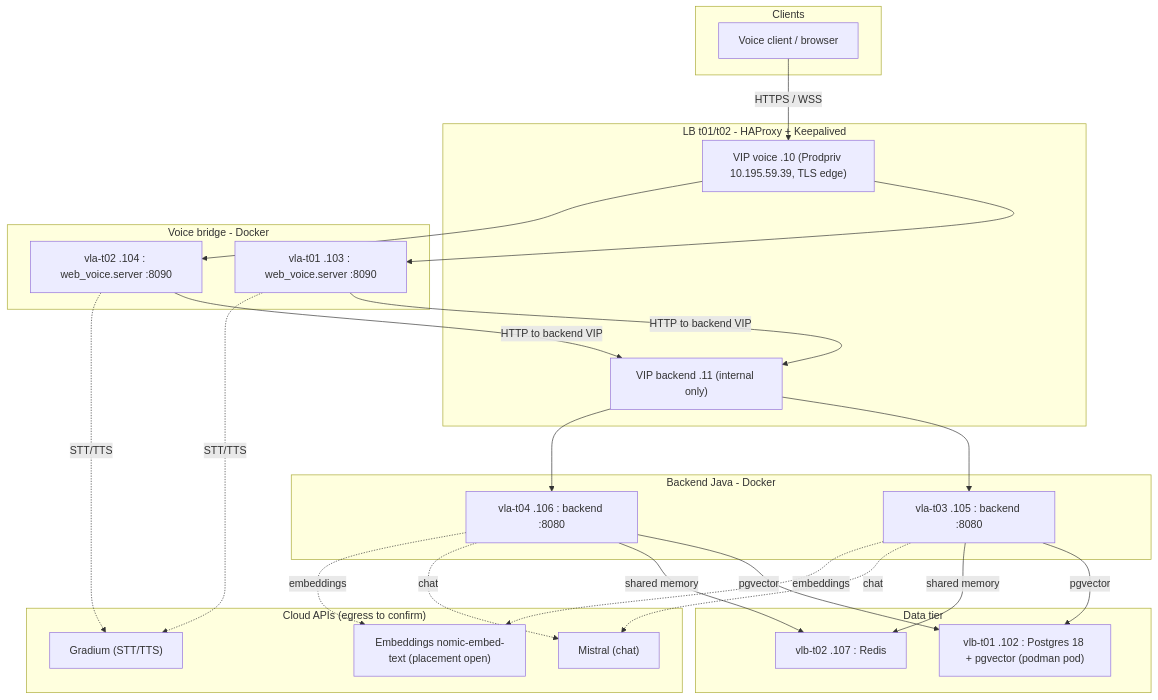
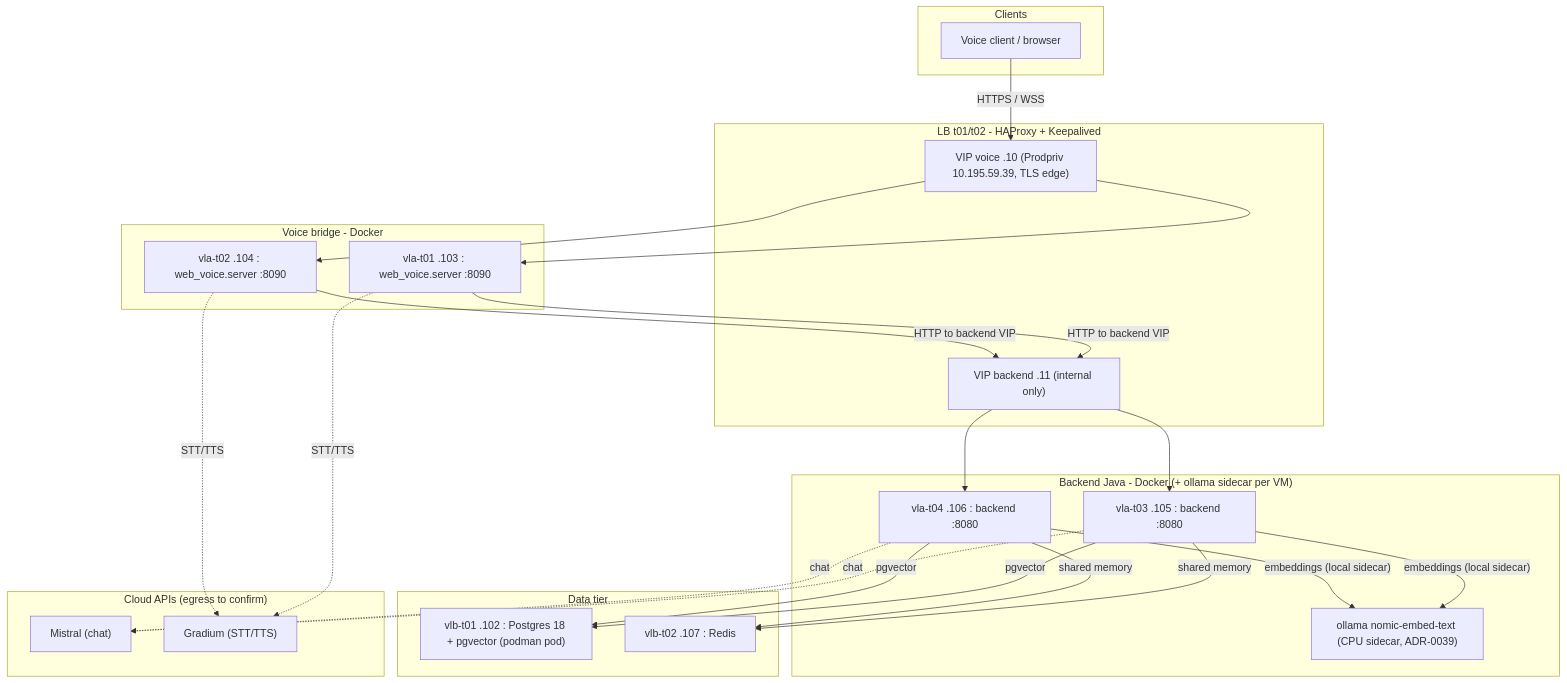
The diagram in docs/operations/deployment-eir-ai4cc-tst.md (tgrimaud/V2V), drawn with Mermaid before and after one commit. The commit also changed other lines of this file and 11 other files, not shown here.

First line of the commit message:
feat(TASK-INFRA-003): embeddings placement (Ollama CPU sidecar) + egress decision

````diff
--- a/docs/operations/deployment-eir-ai4cc-tst.md
+++ b/docs/operations/deployment-eir-ai4cc-tst.md
@@ -19,36 +19,36 @@
 ```mermaid
 flowchart TB
   subgraph clients [Clients]
     Browser["Voice client / browser"]
   end
   subgraph lb ["LB t01/t02 - HAProxy + Keepalived"]
     VIPvoice["VIP voice .10 (Prodpriv 10.195.59.39, TLS edge)"]
     VIPbackend["VIP backend .11 (internal only)"]
   end
   subgraph voicepool ["Voice bridge - Docker"]
     V1["vla-t01 .103 : web_voice.server :8090"]
     V2["vla-t02 .104 : web_voice.server :8090"]
   end
-  subgraph bepool ["Backend Java - Docker"]
+  subgraph bepool ["Backend Java - Docker (+ ollama sidecar per VM)"]
     B1["vla-t03 .105 : backend :8080"]
     B2["vla-t04 .106 : backend :8080"]
+    OL["ollama nomic-embed-text (CPU sidecar, ADR-0039)"]
   end
   subgraph data [Data tier]
     PG["vlb-t01 .102 : Postgres 18 + pgvector (podman pod)"]
     RD["vlb-t02 .107 : Redis"]
   end
   subgraph cloud ["Cloud APIs (egress to confirm)"]
     Mistral["Mistral (chat)"]
     Gradium["Gradium (STT/TTS)"]
-    Embed["Embeddings nomic-embed-text (placement open)"]
   end
   Browser -->|"HTTPS / WSS"| VIPvoice
   VIPvoice --> V1 & V2
   V1 & V2 -->|"HTTP to backend VIP"| VIPbackend
   V1 & V2 -.->|"STT/TTS"| Gradium
   VIPbackend --> B1 & B2
   B1 & B2 -->|"pgvector"| PG
   B1 & B2 -->|"shared memory"| RD
   B1 & B2 -.->|"chat"| Mistral
-  B1 & B2 -.->|"embeddings"| Embed
+  B1 & B2 -->|"embeddings (local sidecar)"| OL
 ```
````
